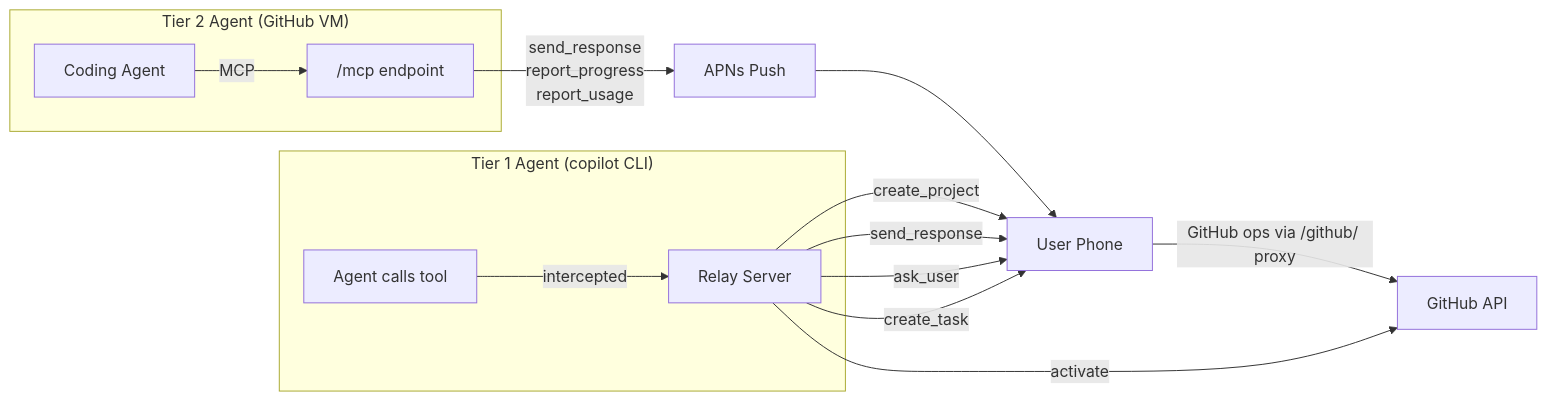
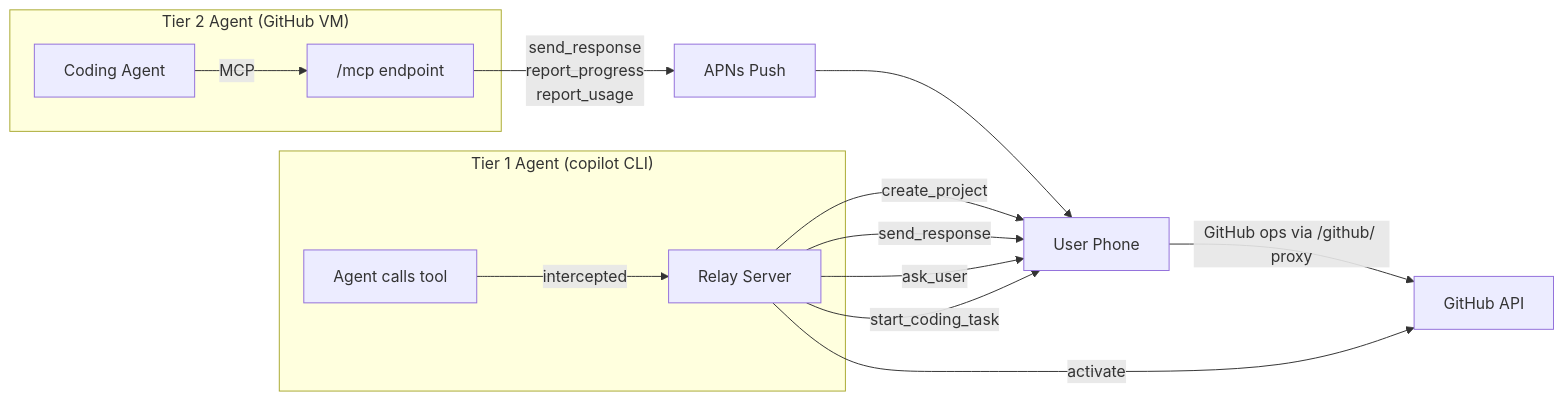
The second of 5 diagrams in docs/remote-project-dev-design-full.md (lalalic/neox), drawn with Mermaid before and after one commit. The commit also changed other lines of this file and 3 other files, not shown here.

First line of the commit message:
refactor: remove buildSystemPrompt fallback, rename create_task in docs

````diff
--- a/docs/remote-project-dev-design-full.md
+++ b/docs/remote-project-dev-design-full.md
@@ -71,18 +71,18 @@
 ```mermaid
 graph LR
     subgraph "Tier 1 Agent (copilot CLI)"
         A[Agent calls tool] -->|intercepted| R[Relay Server]
     end
     R -->|"create_project"| Phone[User Phone]
     R -->|"send_response"| Phone
     R -->|"ask_user"| Phone
-    R -->|"create_task"| Phone
+    R -->|"start_coding_task"| Phone
     Phone -->|"GitHub ops via /github/ proxy"| GH[GitHub API]
     R -->|"activate"| GH
 
     subgraph "Tier 2 Agent (GitHub VM)"
         CA[Coding Agent] -->|MCP| MCP["/mcp endpoint"]
     end
     MCP -->|"send_response<br/>report_progress<br/>report_usage"| APNs[APNs Push]
     APNs --> Phone
 ```
````
